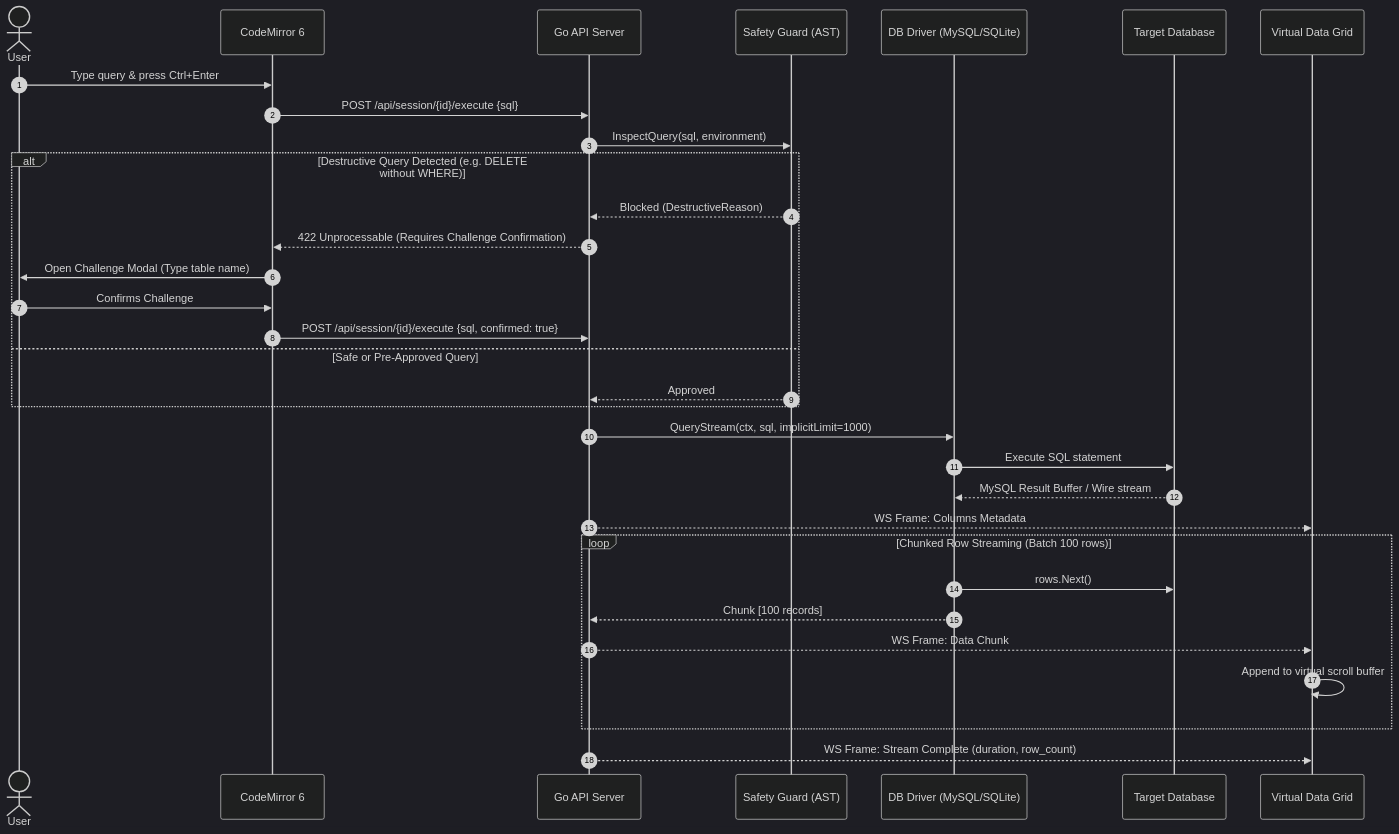
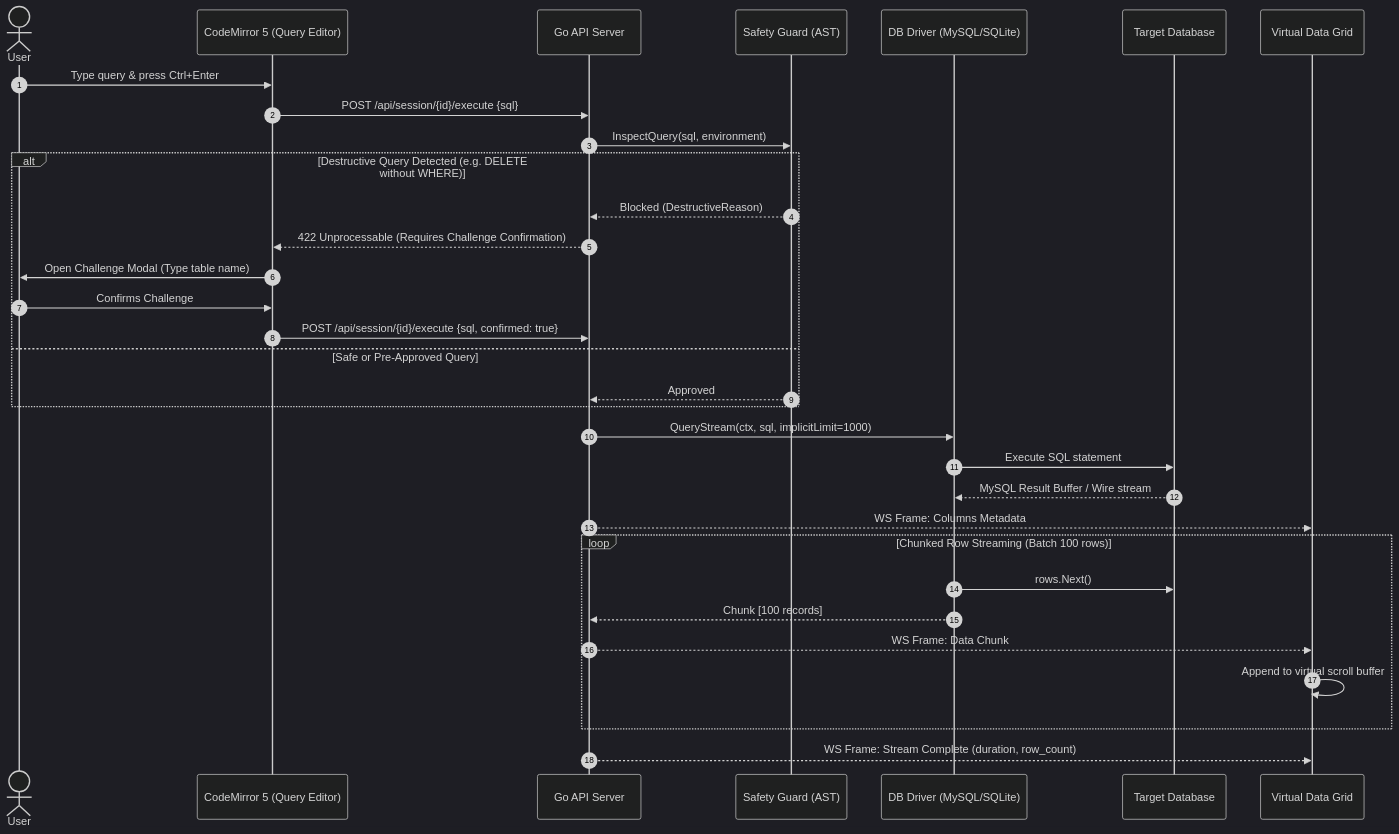
The second of 15 diagrams in ARCHITECTURE.md (herliansyah/sqlfox), drawn with Mermaid (dark theme) before and after one commit. The commit also changed other lines of this file and 10 other files, not shown here.

````diff
--- a/ARCHITECTURE.md
+++ b/ARCHITECTURE.md
@@ -54,38 +54,38 @@
 ```mermaid
 sequenceDiagram
     autonumber
     actor User
-    participant Editor as CodeMirror 6
+    participant Editor as CodeMirror 5 (Query Editor)
     participant Server as Go API Server
     participant Guard as Safety Guard (AST)
     participant Driver as DB Driver (MySQL/SQLite)
     participant Target as Target Database
     participant Grid as Virtual Data Grid
 
     User->>Editor: Type query & press Ctrl+Enter
     Editor->>Server: POST /api/session/{id}/execute {sql}
     Server->>Guard: InspectQuery(sql, environment)
     
     alt Destructive Query Detected (e.g. DELETE without WHERE)
         Guard-->>Server: Blocked (DestructiveReason)
         Server-->>Editor: 422 Unprocessable (Requires Challenge Confirmation)
         Editor->>User: Open Challenge Modal (Type table name)
         User->>Editor: Confirms Challenge
         Editor->>Server: POST /api/session/{id}/execute {sql, confirmed: true}
     else Safe or Pre-Approved Query
         Guard-->>Server: Approved
     end
 
     Server->>Driver: QueryStream(ctx, sql, implicitLimit=1000)
     Driver->>Target: Execute SQL statement
     Target-->>Driver: MySQL Result Buffer / Wire stream
 
     Server-->>Grid: WS Frame: Columns Metadata
     loop Chunked Row Streaming (Batch 100 rows)
         Driver->>Target: rows.Next()
         Driver-->>Server: Chunk [100 records]
         Server-->>Grid: WS Frame: Data Chunk
         Grid->>Grid: Append to virtual scroll buffer
     end
     Server-->>Grid: WS Frame: Stream Complete (duration, row_count)
 ```
````
